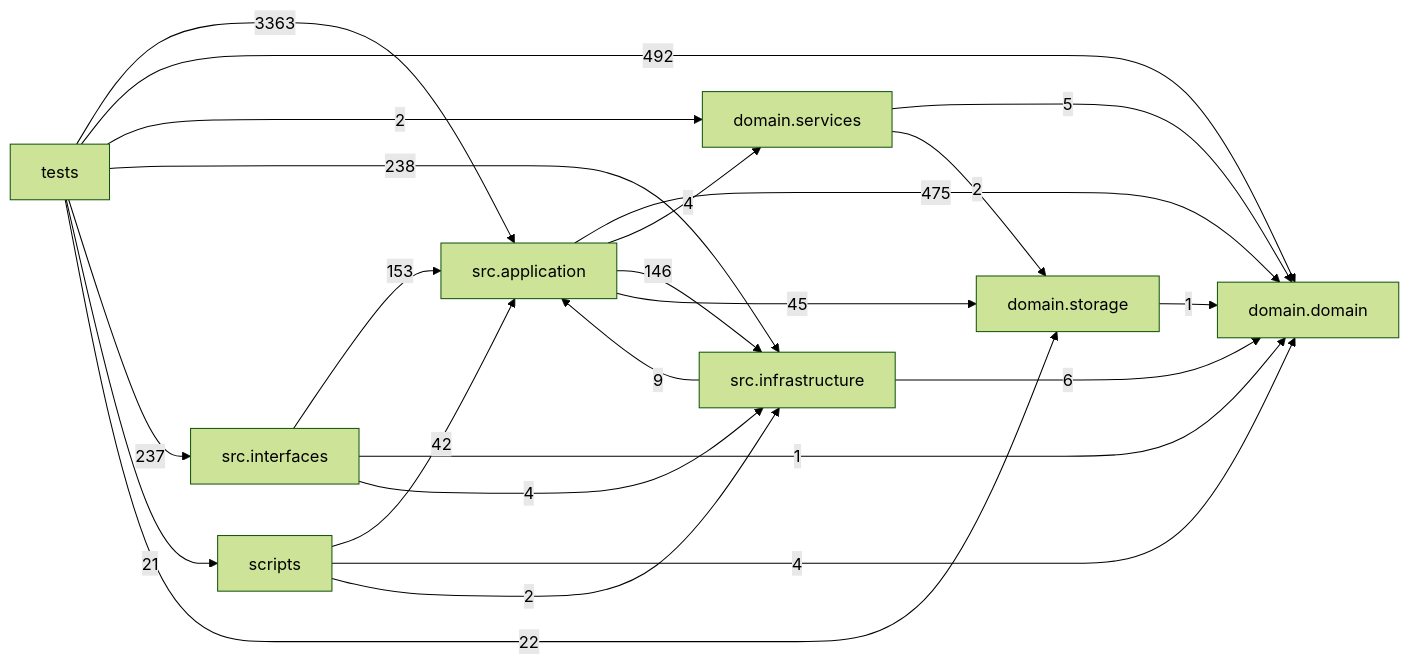
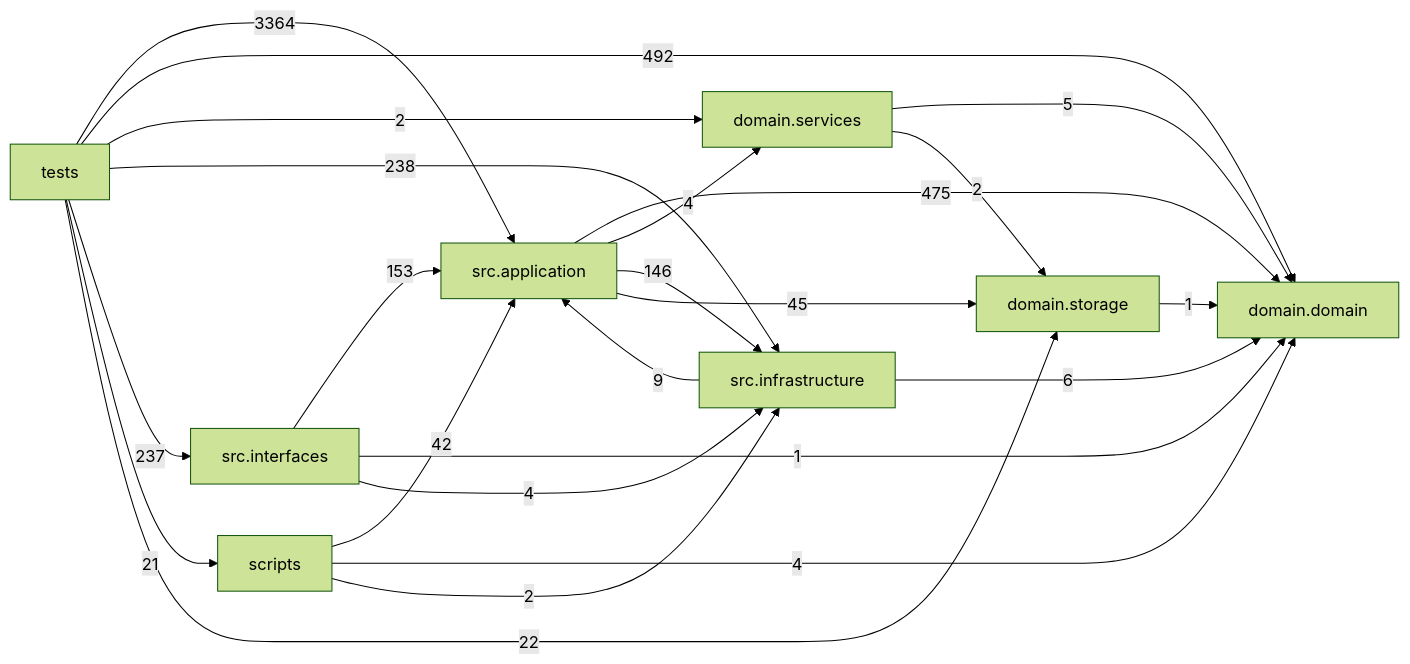
Before and after one commit to liuxie066/options-monitor: the diagram in docs/DEPENDENCY_GRAPH.md, drawn with Mermaid (forest theme). The commit also changed other lines of this file and 1 other file, not shown here.

````diff
--- a/docs/DEPENDENCY_GRAPH.md
+++ b/docs/DEPENDENCY_GRAPH.md
@@ -24,33 +24,33 @@
 ```mermaid
 flowchart LR
   tests["tests"]
   scripts["scripts"]
   interfaces["src.interfaces"]
   application["src.application"]
   infrastructure["src.infrastructure"]
   domain_services["domain.services"]
   domain["domain.domain"]
   storage["domain.storage"]
   application -->|475| domain
   application -->|4| domain_services
   application -->|146| infrastructure
   application -->|45| storage
   domain_services -->|5| domain
   domain_services -->|2| storage
   infrastructure -->|9| application
   infrastructure -->|6| domain
   interfaces -->|153| application
   interfaces -->|1| domain
   interfaces -->|4| infrastructure
   scripts -->|42| application
   scripts -->|4| domain
   scripts -->|2| infrastructure
   storage -->|1| domain
-  tests -->|3363| application
+  tests -->|3364| application
   tests -->|492| domain
   tests -->|2| domain_services
   tests -->|238| infrastructure
   tests -->|237| interfaces
   tests -->|21| scripts
   tests -->|22| storage
 ```
````
